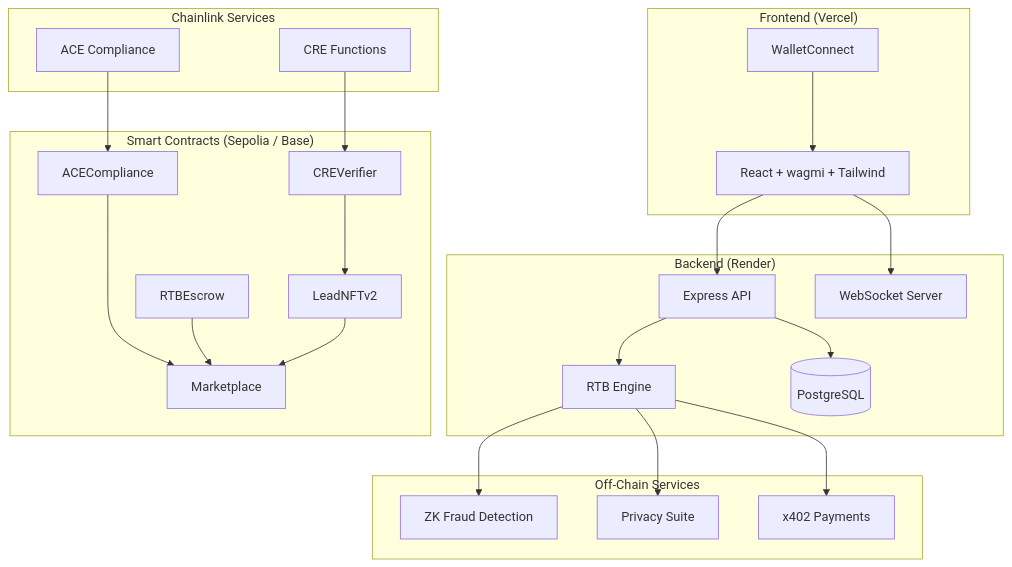
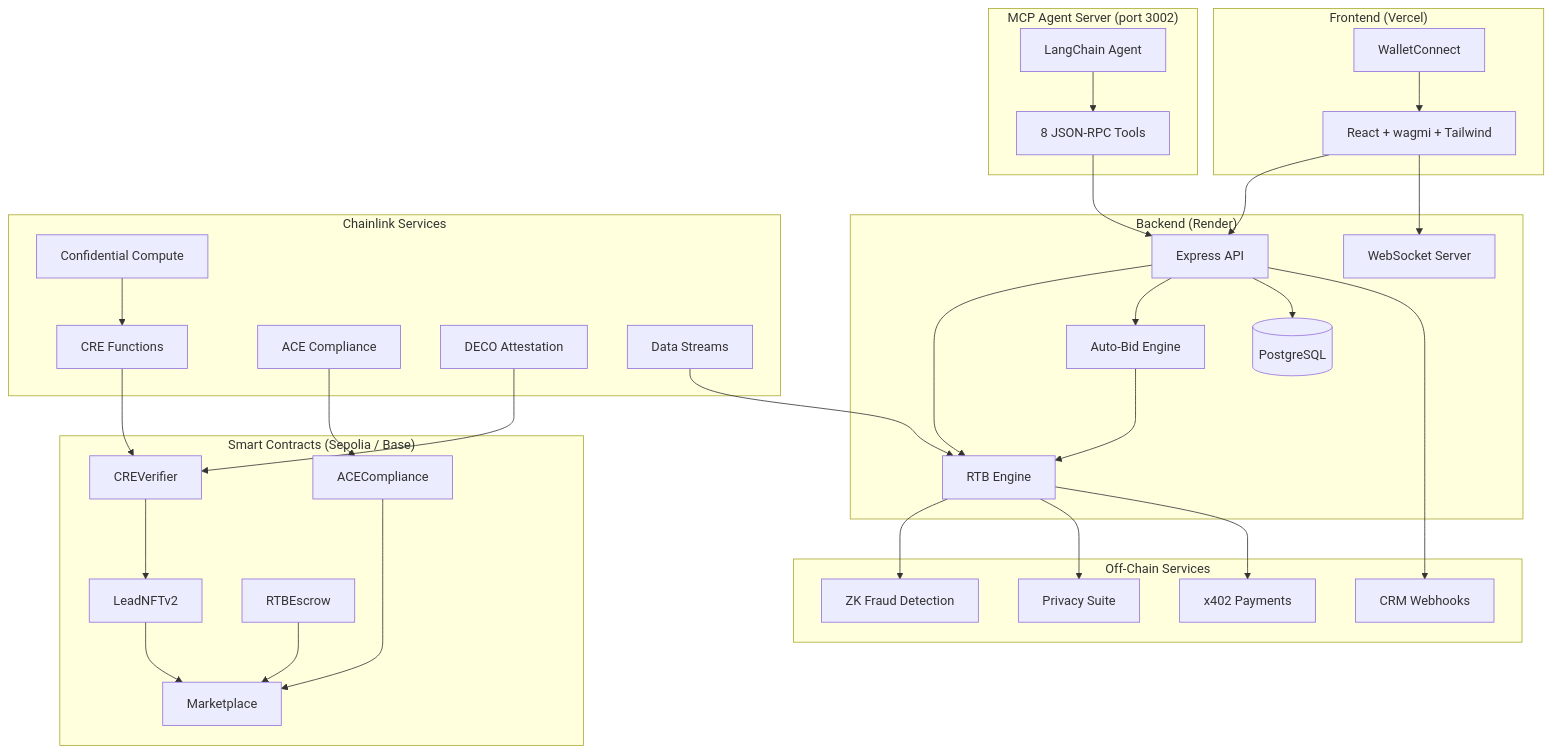
The diagram in README.md (bnmbnmai/lead-engine-cre), drawn with Mermaid before and after one commit. The commit also changed other lines of this file and 42 other files, not shown here.

First line of the commit message:
feat: auto-bid engine, CRM webhooks (HubSpot/Zapier), 3 new MCP tools, submission prep

````diff
--- a/README.md
+++ b/README.md
@@ -60,48 +62,66 @@
 ```mermaid
 graph TB
     subgraph Frontend["Frontend (Vercel)"]
         UI[React + wagmi + Tailwind]
         WC[WalletConnect]
     end
 
     subgraph Backend["Backend (Render)"]
         API[Express API]
         RTB[RTB Engine]
+        AB[Auto-Bid Engine]
         WS[WebSocket Server]
         DB[(PostgreSQL)]
     end
 
     subgraph Chainlink["Chainlink Services"]
         CRE[CRE Functions]
         ACE[ACE Compliance]
+        DECO[DECO Attestation]
+        DS[Data Streams]
+        CC[Confidential Compute]
     end
 
     subgraph Contracts["Smart Contracts (Sepolia / Base)"]
         CV[CREVerifier]
         AC[ACECompliance]
         NFT[LeadNFTv2]
         ESC[RTBEscrow]
         MKT[Marketplace]
     end
 
     subgraph Services["Off-Chain Services"]
         ZK[ZK Fraud Detection]
         PRI[Privacy Suite]
         X4[x402 Payments]
+        CRM[CRM Webhooks]
+    end
+
+    subgraph Agent["MCP Agent Server (port 3002)"]
+        MCP[8 JSON-RPC Tools]
+        LC[LangChain Agent]
     end
 
     UI --> API
     UI --> WS
     WC --> UI
     API --> RTB
+    API --> AB
+    AB --> RTB
     RTB --> ZK
     RTB --> PRI
     RTB --> X4
     API --> DB
+    API --> CRM
     CRE --> CV
     ACE --> AC
+    DECO --> CV
+    DS --> RTB
+    CC --> CRE
     CV --> NFT
     AC --> MKT
     ESC --> MKT
     NFT --> MKT
+    MCP --> API
+    LC --> MCP
 ```
````
